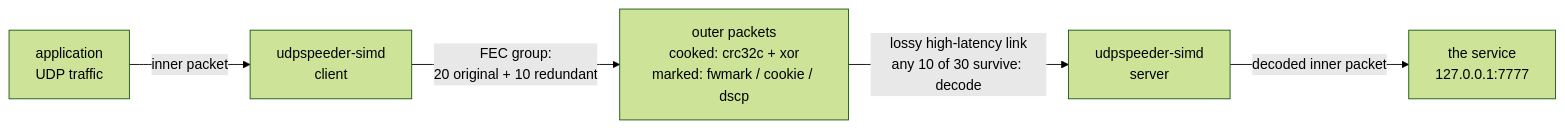
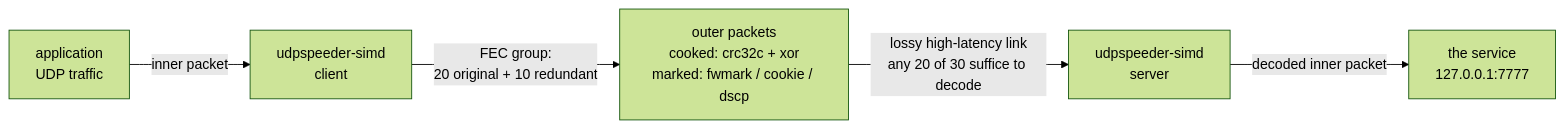
Before and after one commit to connollydavid/UDPspeeder-simd: the first of 3 diagrams in README.md, drawn with Mermaid (forest theme). The commit also changed other lines of this file and 3 other files, not shown here.

````diff
--- a/README.md
+++ b/README.md
@@ -16,7 +17,7 @@
 ```mermaid
 flowchart LR
     APP["application<br/>UDP traffic"] -->|"inner packet"| C["udpspeeder-simd<br/>client"]
     C -->|"FEC group:<br/>20 original + 10 redundant"| P["outer packets<br/>cooked: crc32c + xor<br/>marked: fwmark / cookie / dscp"]
-    P -->|"lossy high-latency link<br/>any 10 of 30 survive: decode"| S["udpspeeder-simd<br/>server"]
+    P -->|"lossy high-latency link<br/>any 20 of 30 suffice to decode"| S["udpspeeder-simd<br/>server"]
     S -->|"decoded inner packet"| T["the service<br/>127.0.0.1:7777"]
 ```
````
